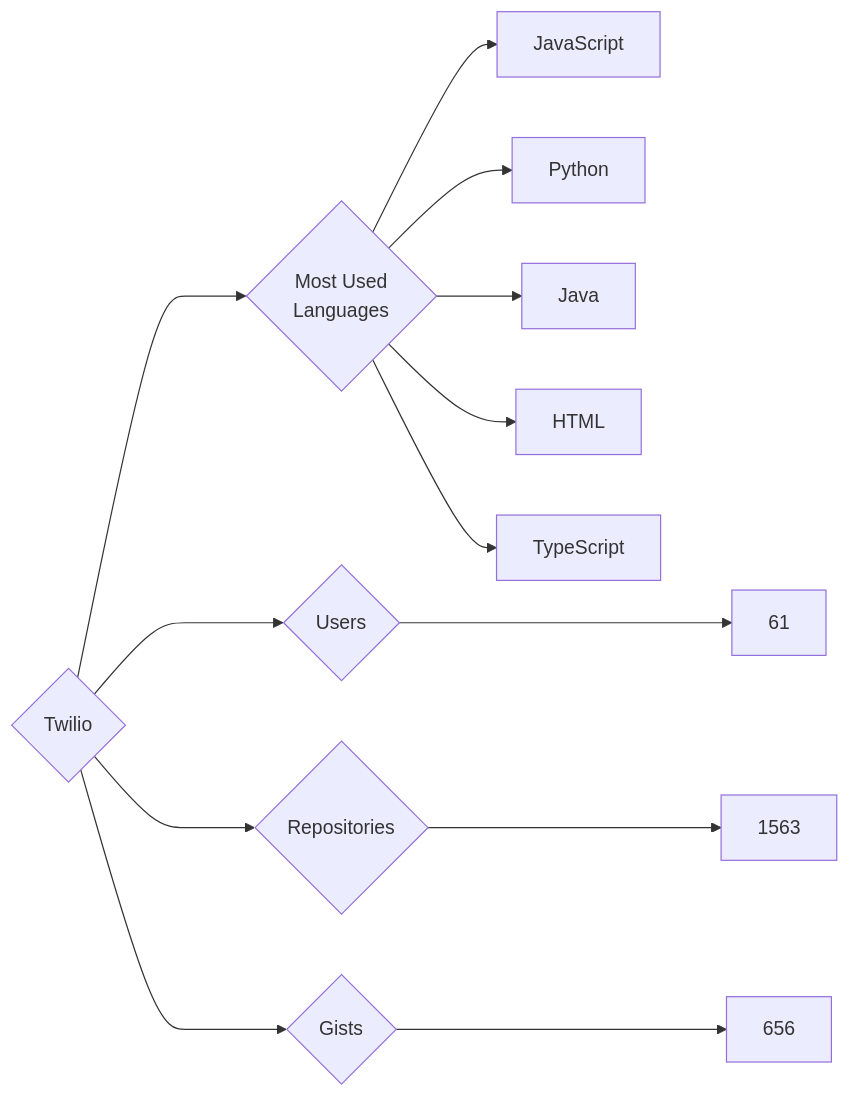
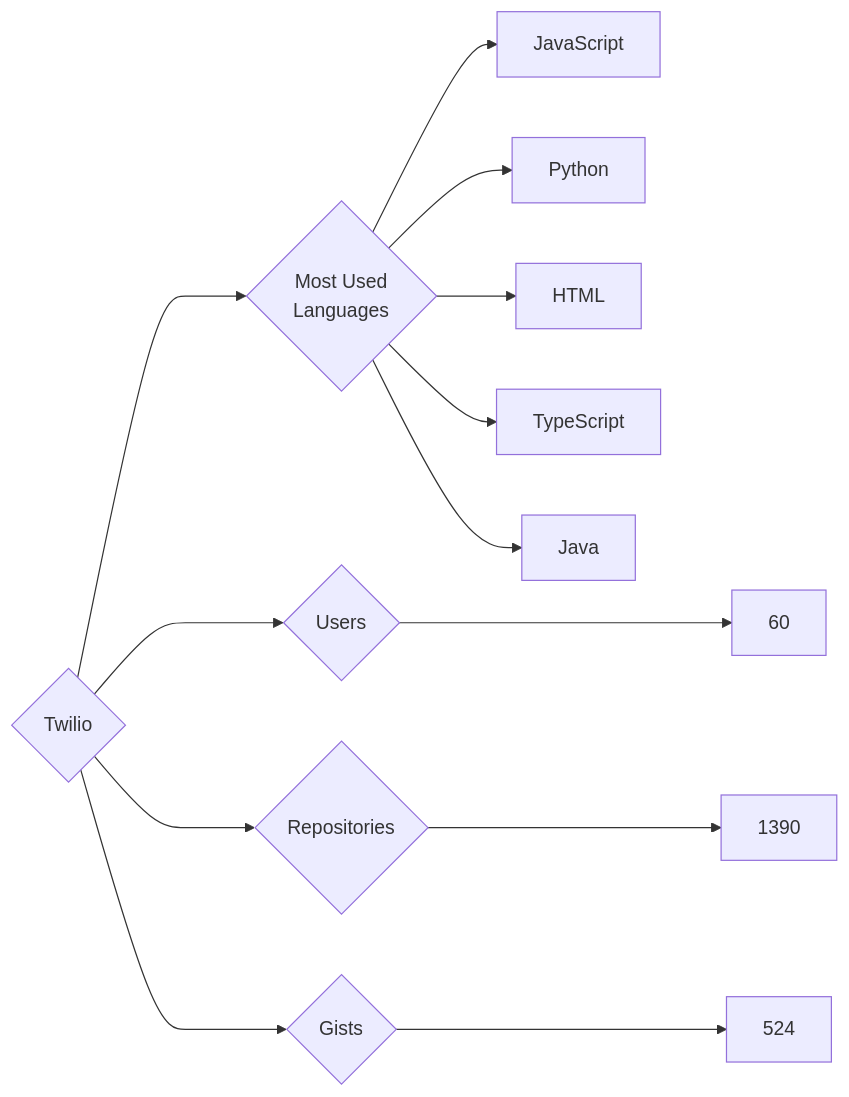
The diagram in targets/Twilio/README.md (trickest/insiders), drawn with Mermaid before and after one commit. The commit also changed 995 other files, not shown here.

````diff
--- a/targets/Twilio/README.md
+++ b/targets/Twilio/README.md
@@ -3,13 +3,13 @@
 ```mermaid
 graph LR
 COMPANY_NAME{Twilio}
-COMPANY_NAME ---> U{Users} ---> UN[61]
-COMPANY_NAME ---> R{Repositories} ---> RN[1563]
-COMPANY_NAME ---> G{Gists} ---> GN[656]
+COMPANY_NAME ---> U{Users} ---> UN[60]
+COMPANY_NAME ---> R{Repositories} ---> RN[1390]
+COMPANY_NAME ---> G{Gists} ---> GN[524]
 COMPANY_NAME ---> ML{Most Used<br>Languages}
 ML --> JavaScript[JavaScript]
 ML --> Python[Python]
-ML --> Java[Java]
 ML --> HTML[HTML]
 ML --> TypeScript[TypeScript]
+ML --> Java[Java]
 ```
````
